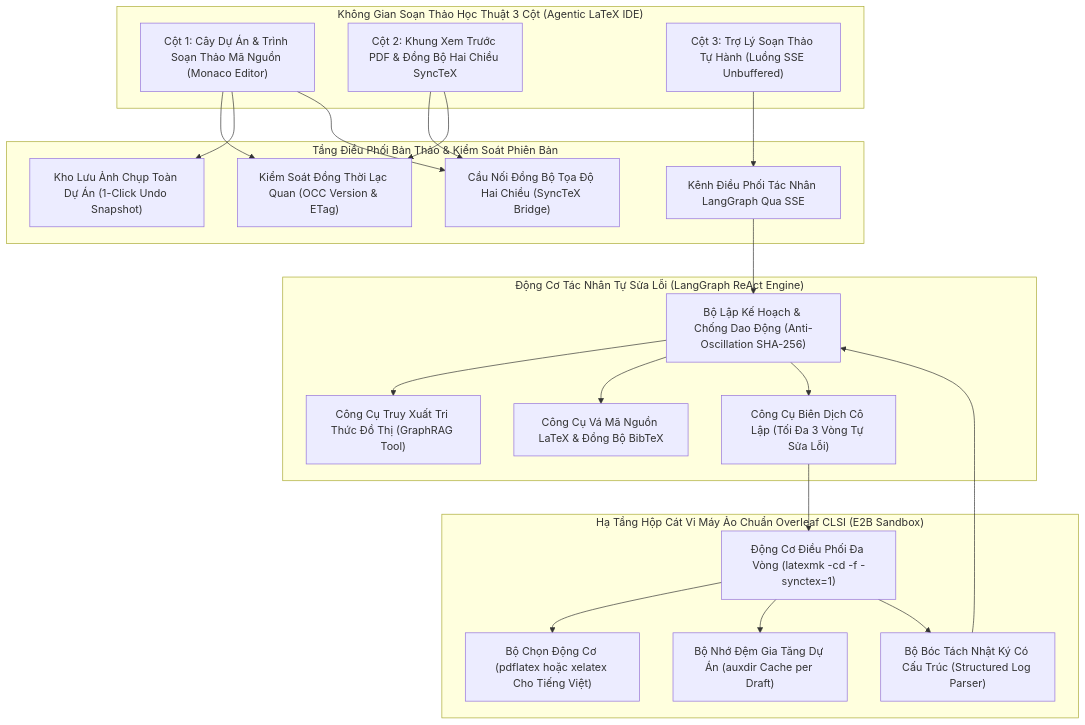
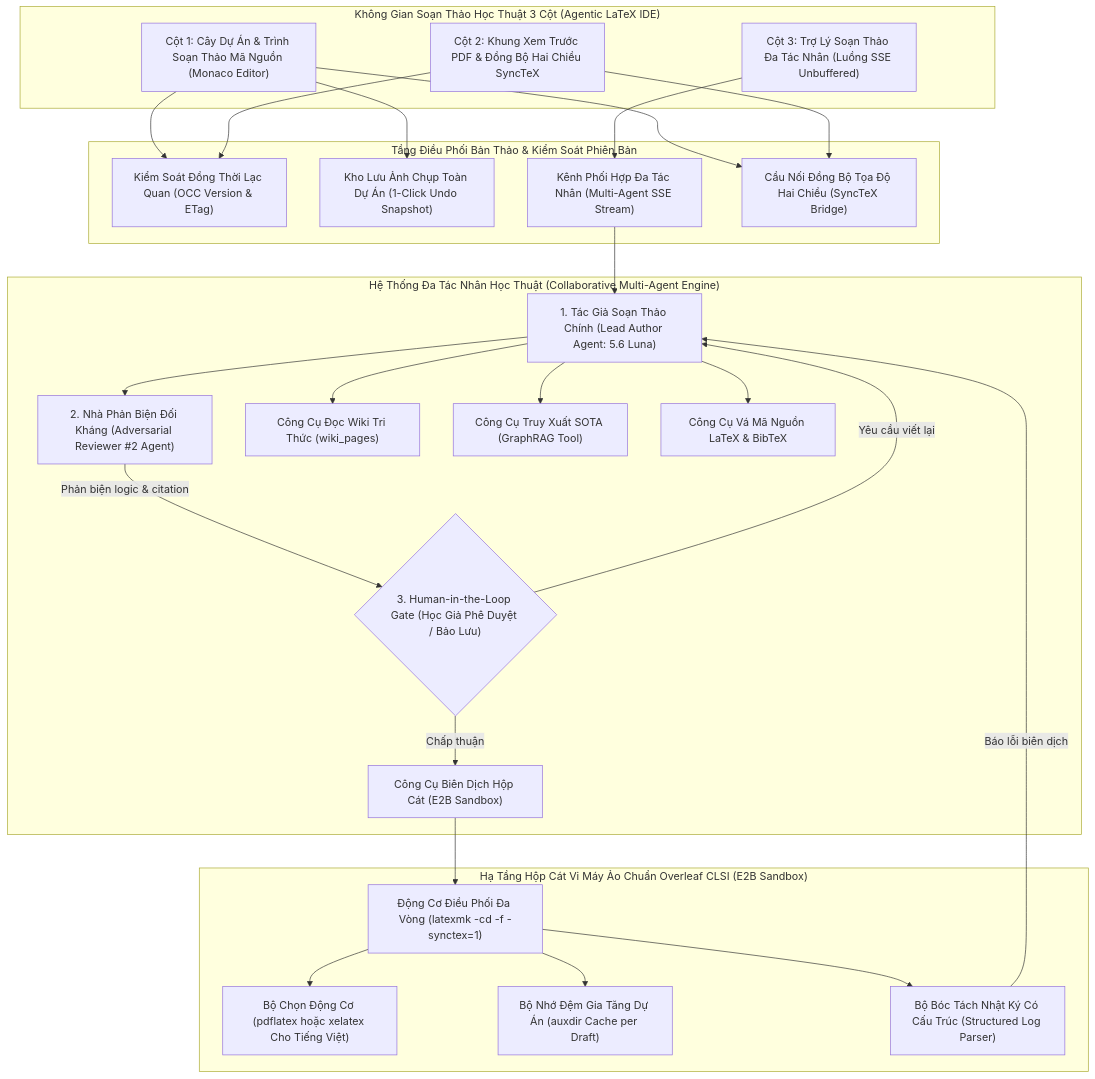
Before and after one commit to dammanhdungvn/VeriScholar: the first of 3 diagrams in docs/specs/06-agentic-overleaf-writing-spec.md, drawn with Mermaid. The commit also changed other lines of this file, not shown here.

Commit message:
docs(specs): update overleaf writing spec with collaborative multi-agent reviewer architecture

````diff
--- a/docs/specs/06-agentic-overleaf-writing-spec.md
+++ b/docs/specs/06-agentic-overleaf-writing-spec.md
@@ -48,45 +56,51 @@
 ```mermaid
 flowchart TD
     subgraph StudioUI ["Không Gian Soạn Thảo Học Thuật 3 Cột (Agentic LaTeX IDE)"]
         EditorPane["Cột 1: Cây Dự Án & Trình Soạn Thảo Mã Nguồn (Monaco Editor)"]
         PreviewPane["Cột 2: Khung Xem Trước PDF & Đồng Bộ Hai Chiều SyncTeX"]
-        AssistantPane["Cột 3: Trợ Lý Soạn Thảo Tự Hành (Luồng SSE Unbuffered)"]
+        AssistantPane["Cột 3: Trợ Lý Soạn Thảo Đa Tác Nhân (Luồng SSE Unbuffered)"]
     end
 
     subgraph OrchestrationLayer ["Tầng Điều Phối Bản Thảo & Kiểm Soát Phiên Bản"]
         OCCGuard["Kiểm Soát Đồng Thời Lạc Quan (OCC Version & ETag)"]
         SnapshotVault["Kho Lưu Ảnh Chụp Toàn Dự Án (1-Click Undo Snapshot)"]
-        ReActStream["Kênh Điều Phối Tác Nhân LangGraph Qua SSE"]
+        MultiAgentStream["Kênh Phối Hợp Đa Tác Nhân (Multi-Agent SSE Stream)"]
         SyncTexBridge["Cầu Nối Đồng Bộ Tọa Độ Hai Chiều (SyncTeX Bridge)"]
     end
 
-    subgraph AgentCore ["Động Cơ Tác Nhân Tự Sửa Lỗi (LangGraph ReAct Engine)"]
-        Planner["Bộ Lập Kế Hoạch & Chống Dao Động (Anti-Oscillation SHA-256)"]
-        GraphTool["Công Cụ Truy Xuất Tri Thức Đồ Thị (GraphRAG Tool)"]
-        PatchTool["Công Cụ Vá Mã Nguồn LaTeX & Đồng Bộ BibTeX"]
-        CompileTool["Công Cụ Biên Dịch Cô Lập (Tối Đa 3 Vòng Tự Sửa Lỗi)"]
+    subgraph MultiAgentCore ["Hệ Thống Đa Tác Nhân Học Thuật (Collaborative Multi-Agent Engine)"]
+        LeadWriter["1. Tác Giả Soạn Thảo Chính (Lead Author Agent: 5.6 Luna)"]
+        ReviewerTwo["2. Nhà Phản Biện Đối Kháng (Adversarial Reviewer #2 Agent)"]
+        HumanGate{"3. Human-in-the-Loop Gate (Học Giả Phê Duyệt / Bảo Lưu)"}
+        
+        WikiTool["Công Cụ Đọc Wiki Tri Thức (wiki_pages)"]
+        GraphTool["Công Cụ Truy Xuất SOTA (GraphRAG Tool)"]
+        PatchTool["Công Cụ Vá Mã Nguồn LaTeX & BibTeX"]
+        CompileTool["Công Cụ Biên Dịch Hộp Cát (E2B Sandbox)"]
     end
 
     subgraph CloudSandbox ["Hạ Tầng Hộp Cát Vi Máy Ảo Chuẩn Overleaf CLSI (E2B Sandbox)"]
         LatexmkRunner["Động Cơ Điều Phối Đa Vòng (latexmk -cd -f -synctex=1)"]
         EngineSelector["Bộ Chọn Động Cơ (pdflatex hoặc xelatex Cho Tiếng Việt)"]
         IncrementalCache["Bộ Nhớ Đệm Gia Tăng Dự Án (auxdir Cache per Draft)"]
         LogParser["Bộ Bóc Tách Nhật Ký Có Cấu Trúc (Structured Log Parser)"]
     end
 
     EditorPane --> OCCGuard
     EditorPane --> SnapshotVault
     EditorPane --> SyncTexBridge
     PreviewPane --> SyncTexBridge
     PreviewPane --> OCCGuard
-    AssistantPane --> ReActStream
-    ReActStream --> Planner
-    Planner --> GraphTool
-    Planner --> PatchTool
-    Planner --> CompileTool
+    AssistantPane --> MultiAgentStream
+    MultiAgentStream --> LeadWriter
+    LeadWriter --> WikiTool & GraphTool & PatchTool
+    LeadWriter --> ReviewerTwo
+    ReviewerTwo -->|"Phản biện logic & citation"| HumanGate
+    HumanGate -->|"Chấp thuận"| CompileTool
+    HumanGate -->|"Yêu cầu viết lại"| LeadWriter
     CompileTool --> LatexmkRunner
     LatexmkRunner --> EngineSelector
     LatexmkRunner --> IncrementalCache
     LatexmkRunner --> LogParser
-    LogParser --> Planner
+    LogParser -->|"Báo lỗi biên dịch"| LeadWriter
 ```
````
